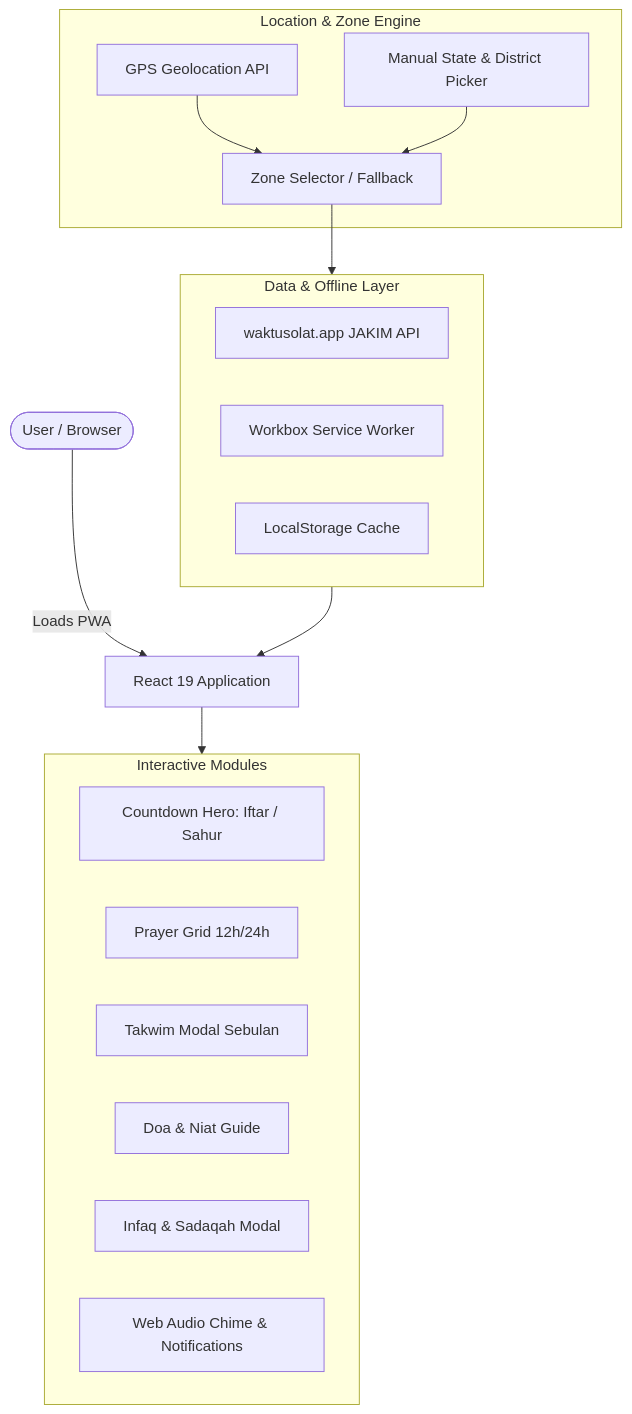
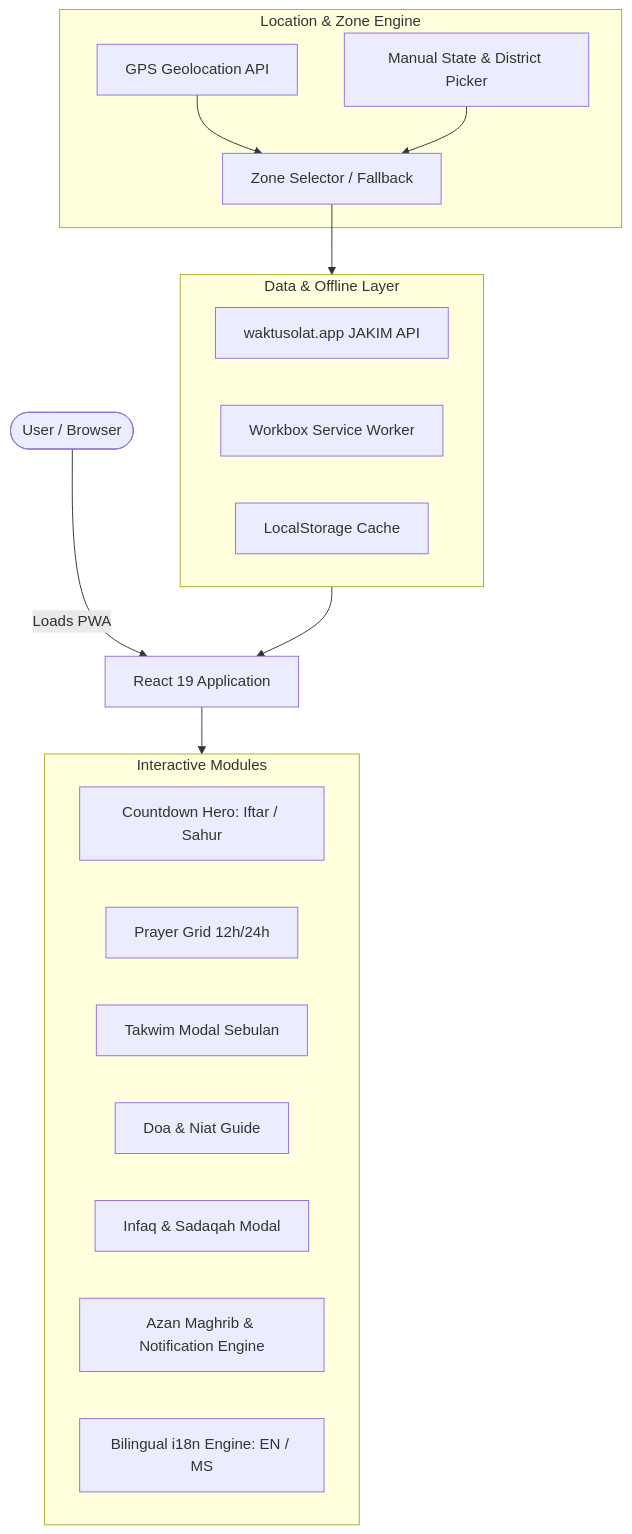
Before and after one commit to 9M2PJU/9M2PJU-Iftar-Time: the diagram in README.md, drawn with Mermaid. The commit also changed other lines of this file and 21 other files, not shown here.

Commit message:
feat: redesign official logo, add Azan Maghrib audio at Iftar, and add English default with Malay language switcher

````diff
--- a/README.md
+++ b/README.md
@@ -51,28 +58,29 @@
 ```mermaid
 flowchart TD
     User([User / Browser]) -->|Loads PWA| App[React 19 Application]
     
     subgraph Location_Zone ["Location & Zone Engine"]
         Geo[GPS Geolocation API] --> ZoneMgr[Zone Selector / Fallback]
         Manual[Manual State & District Picker] --> ZoneMgr
     end
 
     subgraph Data_Layer ["Data & Offline Layer"]
         API[waktusolat.app JAKIM API]
         SW[Workbox Service Worker]
         Storage[LocalStorage Cache]
     end
 
     subgraph UI_Modules ["Interactive Modules"]
         Hero[Countdown Hero: Iftar / Sahur]
         Grid[Prayer Grid 12h/24h]
         Takwim[Takwim Modal Sebulan]
         Doa[Doa & Niat Guide]
         About[Infaq & Sadaqah Modal]
-        Audio[Web Audio Chime & Notifications]
+        Audio[Azan Maghrib & Notification Engine]
+        Lang[Bilingual i18n Engine: EN / MS]
     end
 
     ZoneMgr --> Data_Layer
     Data_Layer --> App
     App --> UI_Modules
 ```
````
